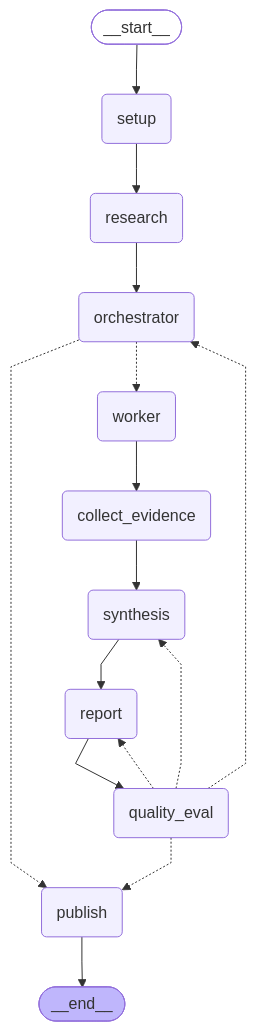
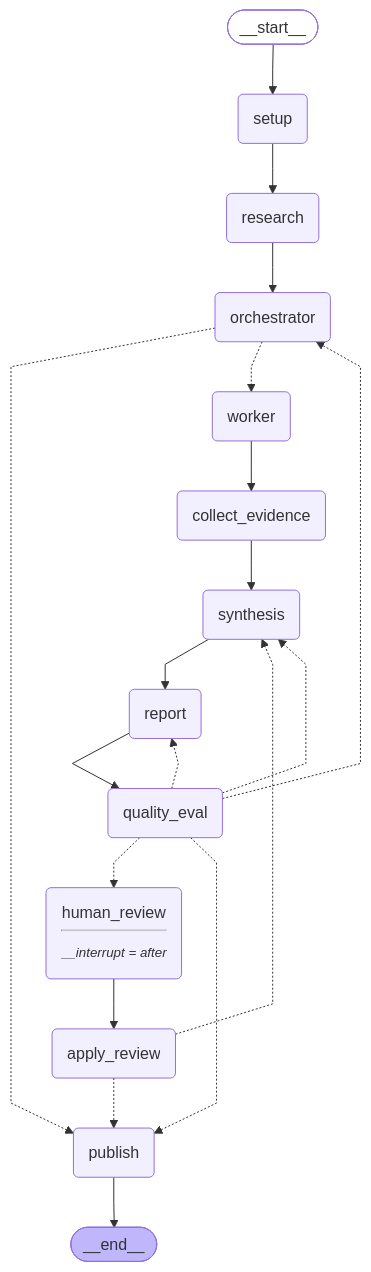
The diagram in docs/agent/graph.md (MK513/kv-cache-rag), drawn with Mermaid before and after one commit. The commit also changed other lines of this file and 9 other files, not shown here.

First line of the commit message:
feat(A4): 실제 품질 평가·선택 Human Review 연결, publish guard 재생성 상한

````diff
--- a/docs/agent/graph.md
+++ b/docs/agent/graph.md
@@ -6,36 +12,42 @@
 ```mermaid
 ---
 config:
   flowchart:
     curve: linear
 ---
 graph TD;
 	__start__([<p>__start__</p>]):::first
 	setup(setup)
 	research(research)
 	orchestrator(orchestrator)
 	collect_evidence(collect_evidence)
 	synthesis(synthesis)
 	report(report)
 	quality_eval(quality_eval)
+	human_review(human_review<hr/><small><em>__interrupt = after</em></small>)
+	apply_review(apply_review)
 	publish(publish)
 	worker(worker)
 	__end__([<p>__end__</p>]):::last
 	__start__ --> setup;
+	apply_review -.-> publish;
+	apply_review -.-> synthesis;
 	collect_evidence --> synthesis;
+	human_review --> apply_review;
 	orchestrator -.-> publish;
 	orchestrator -.-> worker;
+	quality_eval -.-> human_review;
 	quality_eval -.-> orchestrator;
 	quality_eval -.-> publish;
 	quality_eval -.-> report;
 	quality_eval -.-> synthesis;
 	report --> quality_eval;
 	research --> orchestrator;
 	setup --> research;
 	synthesis --> report;
 	worker --> collect_evidence;
 	publish --> __end__;
 	classDef default fill:#f2f0ff,line-height:1.2
 	classDef first fill-opacity:0
 	classDef last fill:#bfb6fc
 ```
````
